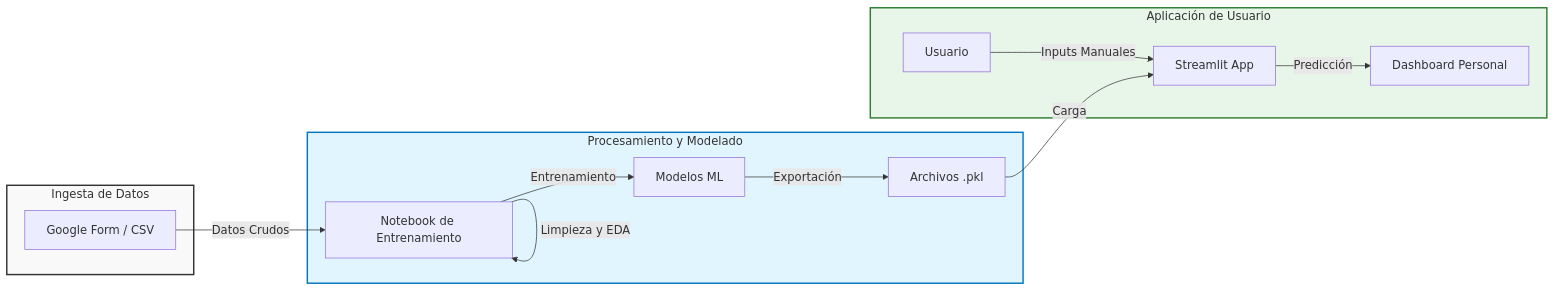
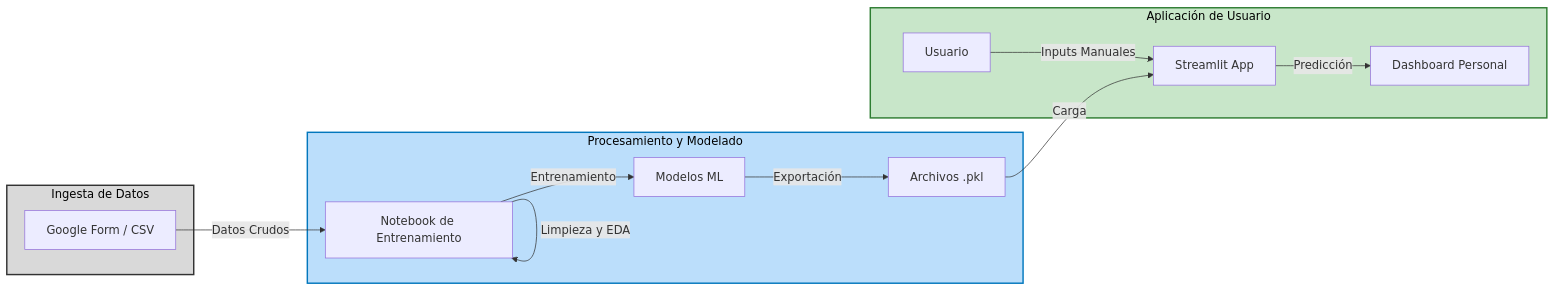
The diagram in AI/Predict Your Study Productivity/README.md (Galiextro/Python-Odyssey), drawn with Mermaid before and after one commit.

Commit message:
feat: Add initial README.md detailing the machine learning-based study productivity prediction project.

````diff
--- a/AI/Predict Your Study Productivity/README.md
+++ b/AI/Predict Your Study Productivity/README.md
@@ -112,32 +112,32 @@
 ```mermaid
 flowchart LR
     subgraph Ingesta [Ingesta de Datos]
         A[Google Form / CSV]
     end
     
     subgraph Procesamiento [Procesamiento y Modelado]
         B[Notebook de Entrenamiento]
         C[Modelos ML]
         D[Archivos .pkl]
         
         B -->|Limpieza y EDA| B
         B -->|Entrenamiento| C
         C -->|Exportación| D
     end
     
     subgraph Aplicacion [Aplicación de Usuario]
         E[Streamlit App]
         F[Usuario]
         G[Dashboard Personal]
         
         F -->|Inputs Manuales| E
         E -->|Predicción| G
     end
 
     A -->|Datos Crudos| B
     D -->|Carga| E
     
-    style Ingesta fill:#f9f9f9,stroke:#333,stroke-width:2px
-    style Procesamiento fill:#e1f5fe,stroke:#0277bd,stroke-width:2px
-    style Aplicacion fill:#e8f5e9,stroke:#2e7d32,stroke-width:2px
+    style Ingesta fill:#d9d9d9,stroke:#333,stroke-width:2px,color:#000
+    style Procesamiento fill:#bbdefb,stroke:#0277bd,stroke-width:2px,color:#000
+    style Aplicacion fill:#c8e6c9,stroke:#2e7d32,stroke-width:2px,color:#000
 ```
````
